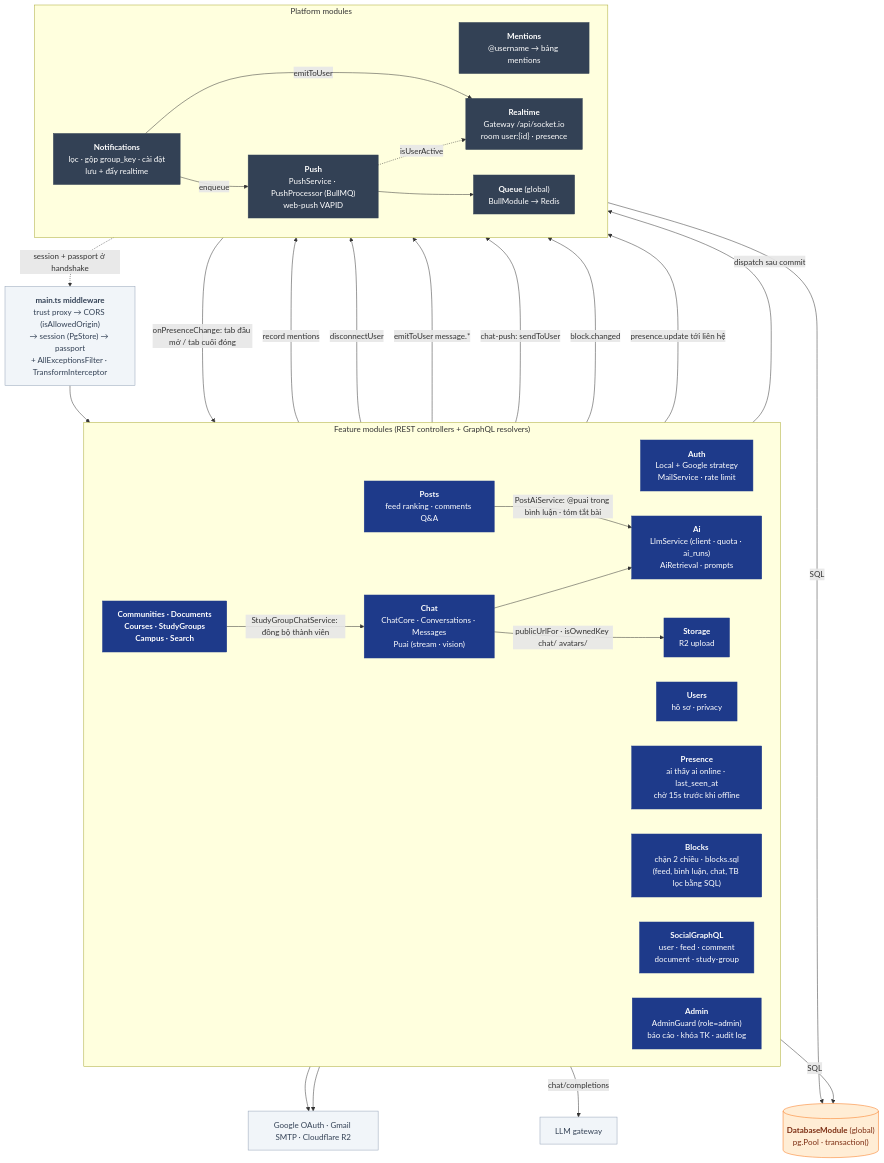
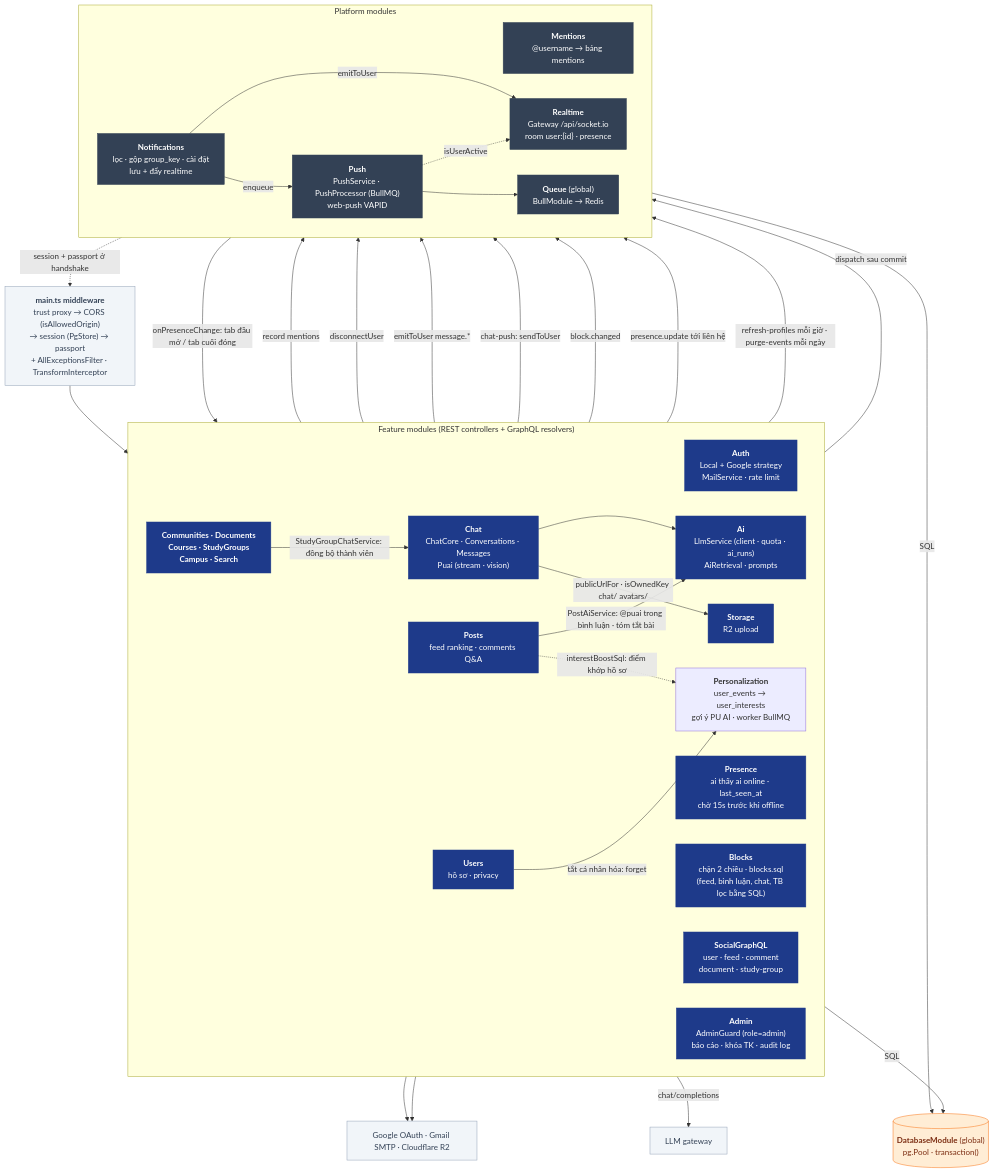
One commit to nhatcoi/pu-connect changed the diagram in docs/diagrams/03-api-components.md. Above: the diagram before and after it, drawn with Mermaid. The commit also changed other lines of this file and 6 other files, not shown here.

Commit message:
docs(personalization): document behaviour log, interest profile, AI suggestions and follow-ups

````diff
--- a/docs/diagrams/03-api-components.md
+++ b/docs/diagrams/03-api-components.md
@@ -7,61 +7,65 @@
 ```mermaid
 flowchart TB
   mw["<b>main.ts middleware</b><br/>trust proxy → CORS (isAllowedOrigin)<br/>→ session (PgStore) → passport<br/>+ AllExceptionsFilter · TransformInterceptor"]
 
   subgraph Feature["Feature modules (REST controllers + GraphQL resolvers)"]
     direction LR
     auth["<b>Auth</b><br/>Local + Google strategy<br/>MailService · rate limit"]
     users["<b>Users</b><br/>hồ sơ · privacy"]
     presence["<b>Presence</b><br/>ai thấy ai online · last_seen_at<br/>chờ 15s trước khi offline"]
     blocks["<b>Blocks</b><br/>chặn 2 chiều · blocks.sql<br/>(feed, bình luận, chat, TB lọc bằng SQL)"]
     posts["<b>Posts</b><br/>feed ranking · comments Q&A"]
     gql["<b>SocialGraphQL</b><br/>user · feed · comment<br/>document · study-group"]
     others["<b>Communities · Documents<br/>Courses · StudyGroups<br/>Campus · Search</b>"]
     storage["<b>Storage</b><br/>R2 upload"]
     admin["<b>Admin</b><br/>AdminGuard (role=admin)<br/>báo cáo · khóa TK · audit log"]
     chat["<b>Chat</b><br/>ChatCore · Conversations · Messages<br/>Puai (stream · vision)"]
     ai["<b>Ai</b><br/>LlmService (client · quota · ai_runs)<br/>AiRetrieval · prompts"]
+    perso["<b>Personalization</b><br/>user_events → user_interests<br/>gợi ý PU AI · worker BullMQ"]
   end
 
   subgraph Platform["Platform modules"]
     direction LR
     mentions["<b>Mentions</b><br/>@username → bảng mentions"]
     notif["<b>Notifications</b><br/>lọc · gộp group_key · cài đặt<br/>lưu + đẩy realtime"]
     rt["<b>Realtime</b><br/>Gateway /api/socket.io<br/>room user:{id} · presence"]
     push["<b>Push</b><br/>PushService · PushProcessor (BullMQ)<br/>web-push VAPID"]
     queue["<b>Queue</b> (global)<br/>BullModule → Redis"]
   end
 
   db[("<b>DatabaseModule</b> (global)<br/>pg.Pool · transaction()")]
   ext["Google OAuth · Gmail SMTP · Cloudflare R2"]
 
   mw --> Feature
   posts -->|record mentions| mentions
   Feature -->|dispatch sau commit| notif -->|emitToUser| rt
   notif -->|enqueue| push --> queue
   push -. isUserActive .-> rt
   rt -. session + passport ở handshake .-> mw
   Feature -->|SQL| db
   Platform -->|SQL| db
   auth & storage --> ext
   admin -->|disconnectUser| rt
   chat -->|emitToUser message.*| rt
   chat -->|chat-push: sendToUser| push
   chat --> ai
   posts -->|PostAiService: @puai trong bình luận · tóm tắt bài| ai
   ai -->|chat/completions| llm["LLM gateway"]
   chat -->|publicUrlFor · isOwnedKey chat/ avatars/| storage
   others -->|StudyGroupChatService: đồng bộ thành viên| chat
   blocks -->|block.changed| rt
   rt -->|onPresenceChange: tab đầu mở / tab cuối đóng| presence
   presence -->|presence.update tới liên hệ| rt
+  users -->|tắt cá nhân hóa: forget| perso
+  perso -->|refresh-profiles mỗi giờ · purge-events mỗi ngày| queue
+  posts -. interestBoostSql: điểm khớp hồ sơ .-> perso
 
   classDef mod fill:#1e3a8a,stroke:#1e3a8a,color:#fff
   classDef plat fill:#334155,stroke:#334155,color:#fff
   classDef store fill:#ffedd5,stroke:#f97316,color:#7c2d12
   classDef external fill:#f1f5f9,stroke:#94a3b8,color:#334155
   class auth,users,blocks,presence,ai,posts,communities,others,storage,gql,admin,chat mod
   class mentions,notif,rt,push,queue plat
   class db store
   class ext,mw,llm external
 ```
````
